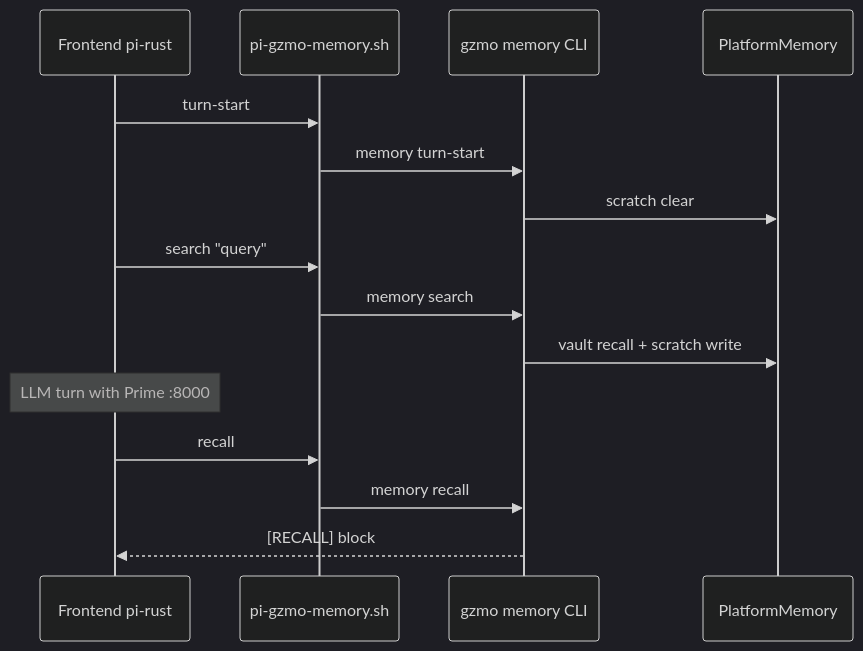
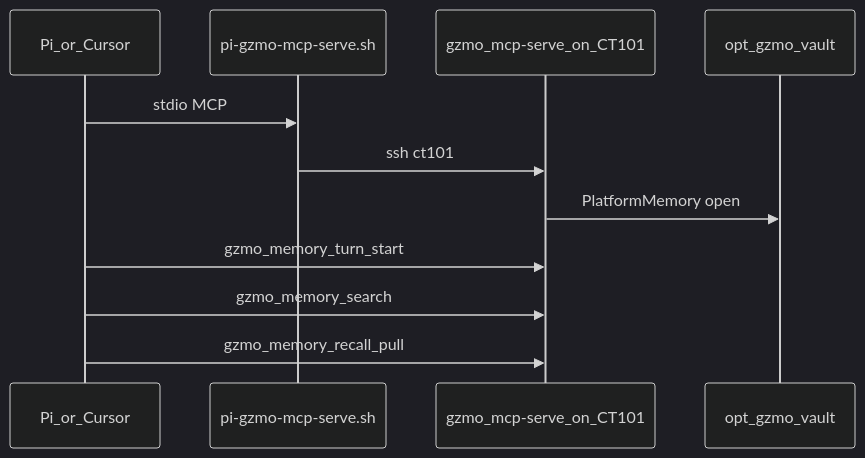
The diagram in docs/PI_GZMO_MEMORY_INTEGRATION.md (maximilianwruhs-cyber/GZMO), drawn with Mermaid (dark theme) before and after one commit. The commit also changed other lines of this file and 9 other files, not shown here.

````diff
--- a/docs/PI_GZMO_MEMORY_INTEGRATION.md
+++ b/docs/PI_GZMO_MEMORY_INTEGRATION.md
@@ -12,18 +12,14 @@
 ```mermaid
 sequenceDiagram
-  participant Pi as Frontend pi-rust
-  participant Sh as pi-gzmo-memory.sh
-  participant Gz as gzmo memory CLI
-  participant Plat as PlatformMemory
+  participant Pi as Pi_or_Cursor
+  participant Wrap as pi-gzmo-mcp-serve.sh
+  participant Mcp as gzmo_mcp-serve_on_CT101
+  participant Vault as opt_gzmo_vault
 
-  Pi->>Sh: turn-start
-  Sh->>Gz: memory turn-start
-  Gz->>Plat: scratch clear
-  Pi->>Sh: search "query"
-  Sh->>Gz: memory search
-  Gz->>Plat: vault recall + scratch write
-  Note over Pi: LLM turn with Prime :8000
-  Pi->>Sh: recall
-  Sh->>Gz: memory recall
-  Gz-->>Pi: [RECALL] block
+  Pi->>Wrap: stdio MCP
+  Wrap->>Mcp: ssh ct101
+  Mcp->>Vault: PlatformMemory open
+  Pi->>Mcp: gzmo_memory_turn_start
+  Pi->>Mcp: gzmo_memory_search
+  Pi->>Mcp: gzmo_memory_recall_pull
 ```
````
